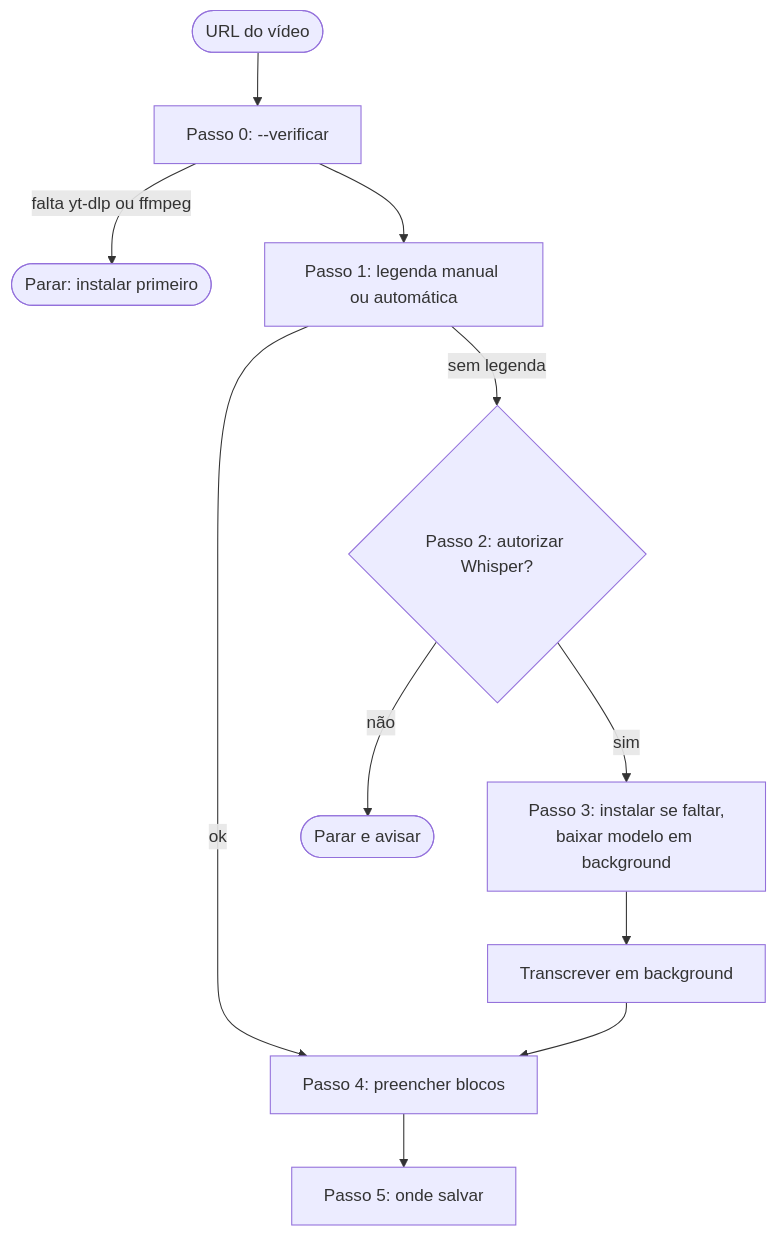
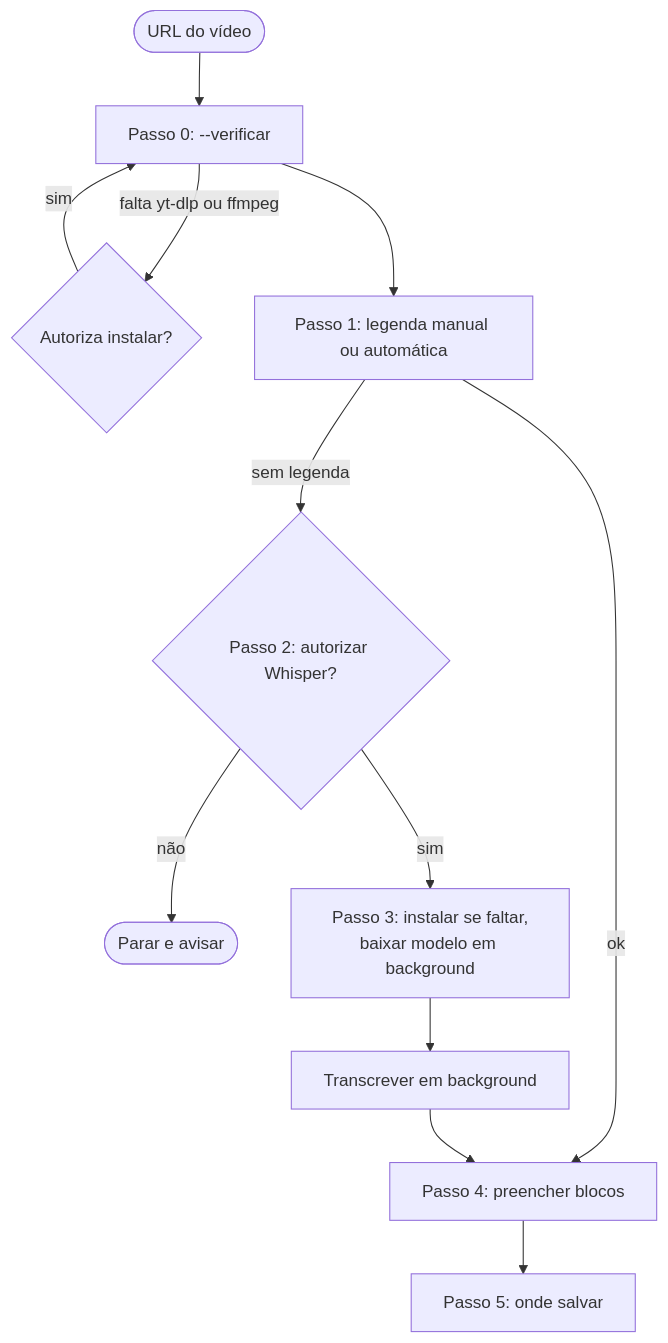
Before and after one commit to edmaker89/transcriptor-yt: the diagram in SKILL.md, drawn with Mermaid. The commit also changed other lines of this file and 3 other files, not shown here.

````diff
--- a/SKILL.md
+++ b/SKILL.md
@@ -19,13 +19,14 @@
 ```mermaid
 flowchart TD
     A([URL do vídeo]) --> V["Passo 0: --verificar"]
-    V -->|falta yt-dlp ou ffmpeg| X0([Parar: instalar primeiro])
+    V -->|falta yt-dlp ou ffmpeg| X0{"Autoriza instalar?"}
+    X0 -->|sim| V
     V --> B["Passo 1: legenda manual ou automática"]
     B -->|ok| D["Passo 4: preencher blocos"]
     B -->|sem legenda| W{"Passo 2: autorizar Whisper?"}
     W -->|não| X1([Parar e avisar])
     W -->|sim| P["Passo 3: instalar se faltar,<br/>baixar modelo em background"]
     P --> T["Transcrever em background"]
     T --> D
     D --> E["Passo 5: onde salvar"]
 ```
````
